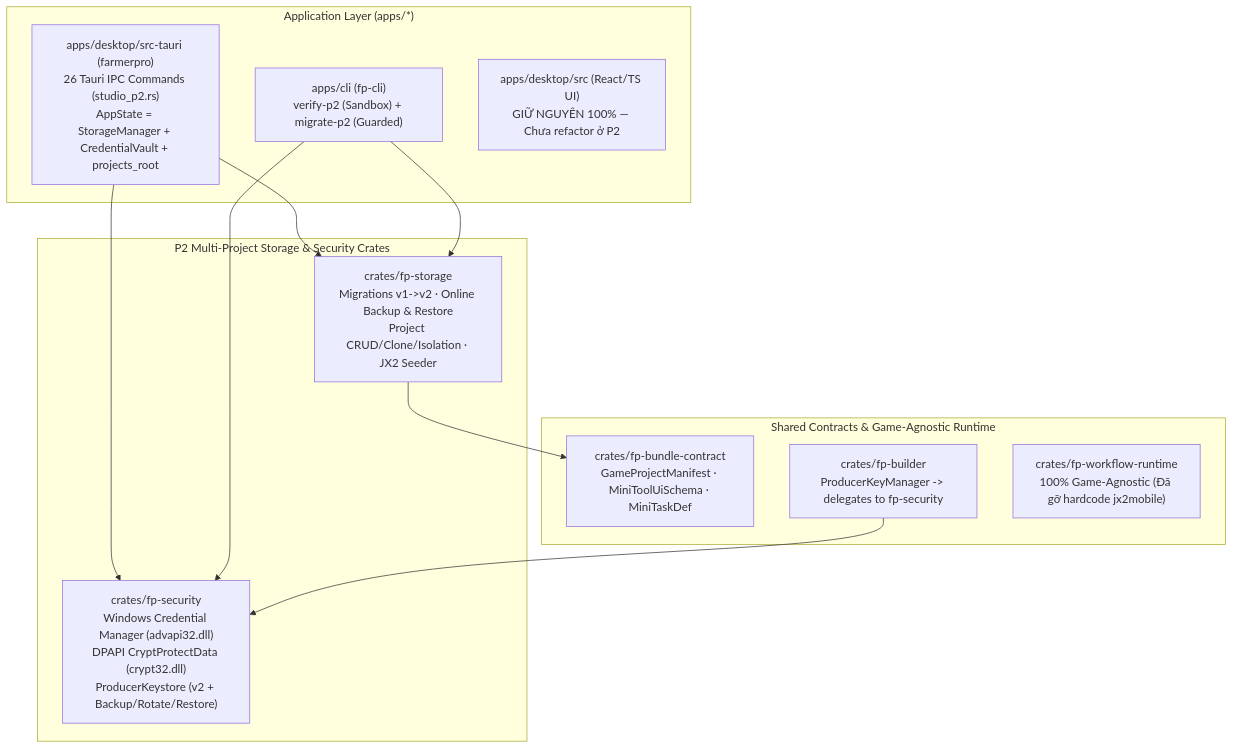
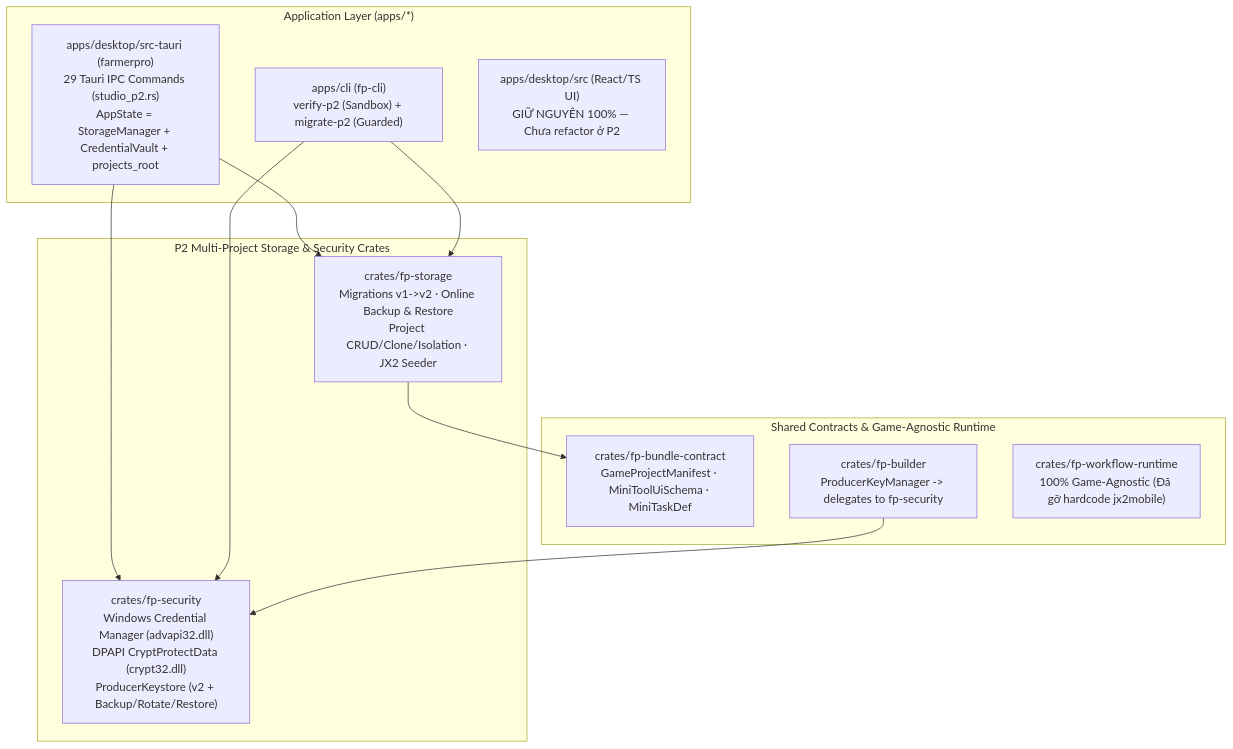
The diagram in artifacts/p2_evidence/diagrams/01_p2_rust_crates_map.mmd (tcandt/FamerPro), drawn with Mermaid before and after one commit. The commit also changed 17 other files, not shown here.

Commit message:
docs(p2-acceptance): regenerate 12-page P2 acceptance PDF (29 IPC commands, 46/46 tests) and verified SHA-256 evidence manifest

```diff
--- a/artifacts/p2_evidence/diagrams/01_p2_rust_crates_map.mmd
+++ b/artifacts/p2_evidence/diagrams/01_p2_rust_crates_map.mmd
@@ -1,21 +1,21 @@
 flowchart TB
     subgraph APPS["Application Layer (apps/*)"]
-        TAURI["apps/desktop/src-tauri (farmerpro)\n26 Tauri IPC Commands (studio_p2.rs)\nAppState = StorageManager + CredentialVault + projects_root"]
+        TAURI["apps/desktop/src-tauri (farmerpro)\n29 Tauri IPC Commands (studio_p2.rs)\nAppState = StorageManager + CredentialVault + projects_root"]
         CLI["apps/cli (fp-cli)\nverify-p2 (Sandbox) + migrate-p2 (Guarded)"]
         UI["apps/desktop/src (React/TS UI)\nGIỮ NGUYÊN 100% — Chưa refactor ở P2"]
     end
     subgraph P2_CORE["P2 Multi-Project Storage & Security Crates"]
         STOR["crates/fp-storage\nMigrations v1->v2 · Online Backup & Restore\nProject CRUD/Clone/Isolation · JX2 Seeder"]
         SEC["crates/fp-security\nWindows Credential Manager (advapi32.dll)\nDPAPI CryptProtectData (crypt32.dll)\nProducerKeystore (v2 + Backup/Rotate/Restore)"]
     end
     subgraph SHARED["Shared Contracts & Game-Agnostic Runtime"]
         CONTRACT["crates/fp-bundle-contract\nGameProjectManifest · MiniToolUiSchema · MiniTaskDef"]
         BUILDER["crates/fp-builder\nProducerKeyManager -> delegates to fp-security"]
         RUNTIME["crates/fp-workflow-runtime\n100% Game-Agnostic (Đã gỡ hardcode jx2mobile)"]
     end
     TAURI --> STOR
     TAURI --> SEC
     CLI --> STOR
     CLI --> SEC
     BUILDER --> SEC
     STOR --> CONTRACT
```
